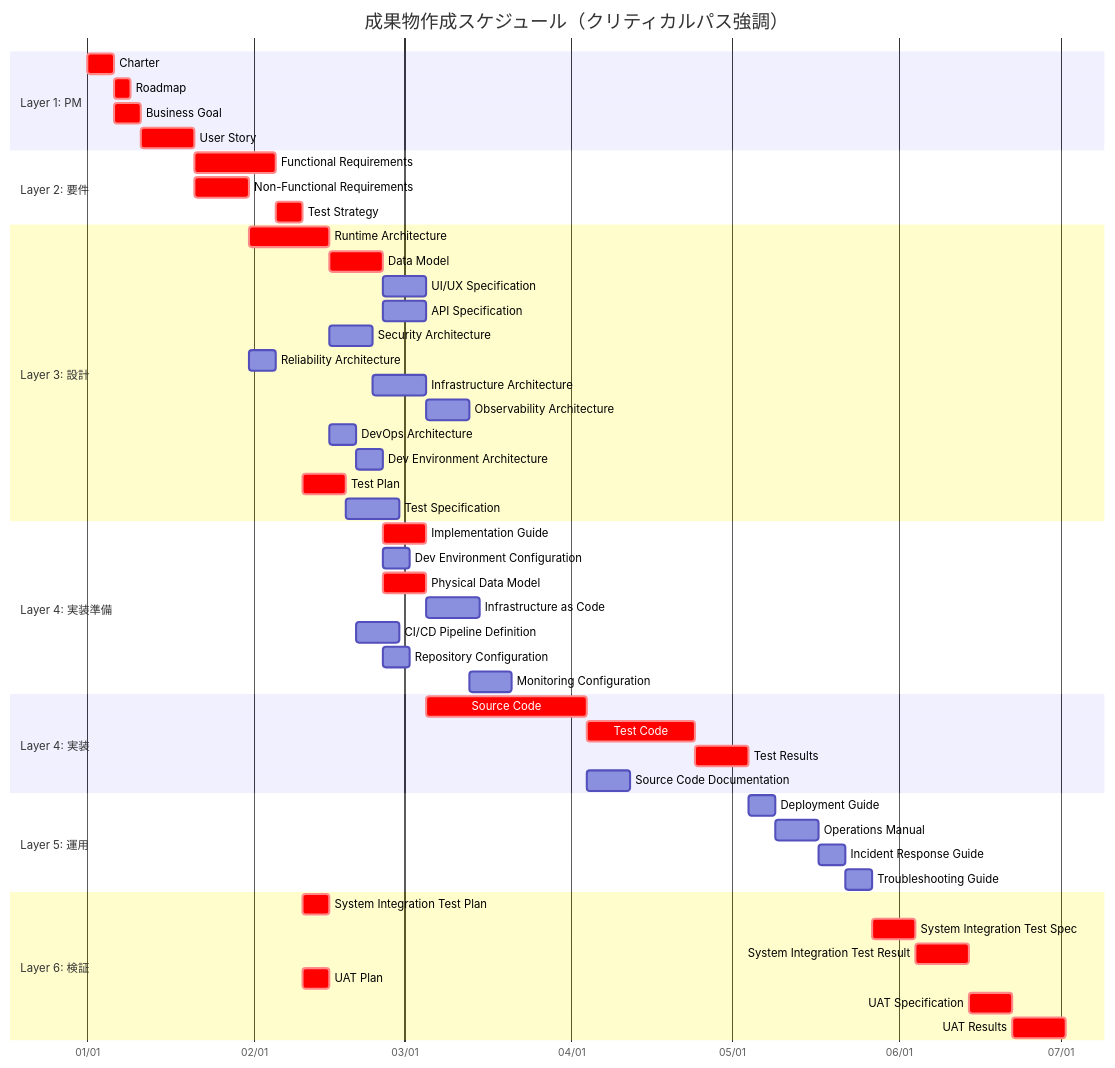
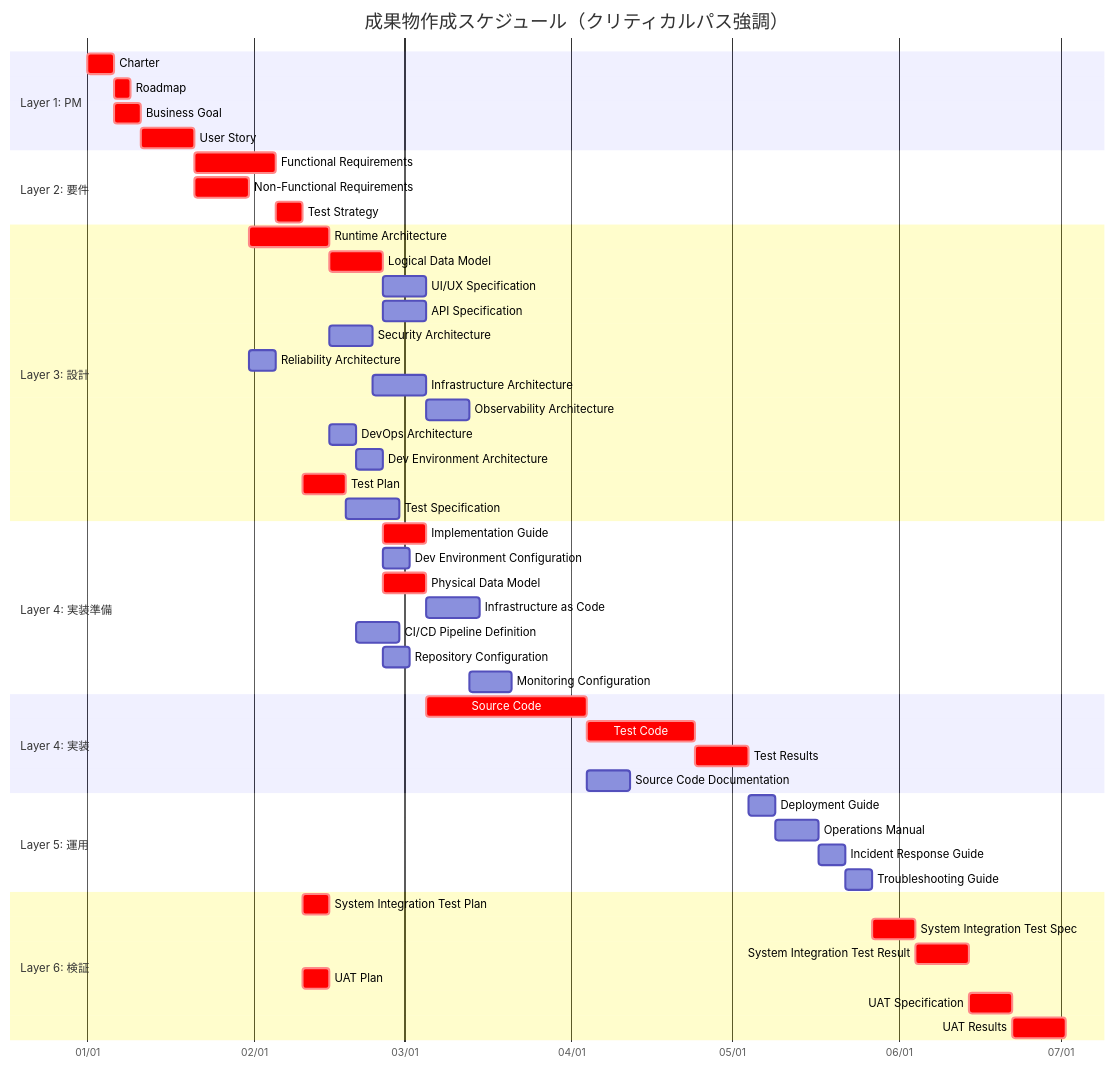
One commit to mahitotsu/ukiyoue changed diagram 15 of 15 in specs/artifact-relationships.md. Above: the diagram before and after it, drawn with Mermaid. The commit also changed other lines of this file, not shown here.

First line of the commit message:
fix: artifact-relationships.md の Data Model を Logical Data Model に統一

````diff
--- a/specs/artifact-relationships.md
+++ b/specs/artifact-relationships.md
@@ -607,60 +607,60 @@
 ```mermaid
 gantt
     title 成果物作成スケジュール（クリティカルパス強調）
     dateFormat YYYY-MM-DD
     axisFormat %m/%d
 
     section Layer 1: PM
     Charter                       :crit, charter, 2025-01-01, 5d
     Roadmap                       :crit, roadmap, after charter, 3d
     Business Goal                 :crit, bizgoal, after charter, 5d
     User Story                    :crit, userstory, after bizgoal, 10d
 
     section Layer 2: 要件
     Functional Requirements       :crit, func, after userstory, 15d
     Non-Functional Requirements   :crit, nonfunc, after bizgoal userstory, 10d
     Test Strategy                 :crit, teststrat, after func nonfunc, 5d
 
     section Layer 3: 設計
     Runtime Architecture          :crit, runtime, after nonfunc, 15d
-    Data Model                    :crit, datamodel, after func runtime, 10d
+    Logical Data Model            :crit, datamodel, after func runtime, 10d
     UI/UX Specification           :ui, after func datamodel, 8d
     API Specification             :api, after runtime datamodel, 8d
     Security Architecture         :security, after nonfunc runtime, 8d
     Reliability Architecture      :reliability, after nonfunc, 5d
     Infrastructure Architecture   :infra, after reliability runtime security, 10d
     Observability Architecture    :observ, after runtime infra reliability, 8d
     DevOps Architecture           :devops, after runtime, 5d
     Dev Environment Architecture  :devenv, after runtime devops, 5d
     Test Plan                     :crit, testplan, after teststrat func nonfunc, 8d
     Test Specification            :testspec, after testplan func, 10d
 
     section Layer 4: 実装準備
     Implementation Guide          :crit, implguide, after runtime security devenv devops, 8d
     Dev Environment Configuration :devenvconf, after devenv, 5d
     Physical Data Model           :crit, physicaldata, after datamodel, 8d
     Infrastructure as Code        :iac, after infra, 10d
     CI/CD Pipeline Definition     :pipeline, after devops, 8d
     Repository Configuration      :repo, after devops devenv, 5d
     Monitoring Configuration      :monitoring, after observ, 8d
 
     section Layer 4: 実装
     Source Code                   :crit, code, after func implguide ui api physicaldata repo devenvconf, 30d
     Test Code                     :crit, testcode, after testspec code, 20d
     Test Results                  :crit, testresult, after testcode, 10d
     Source Code Documentation     :codedoc, after code, 8d
 
     section Layer 5: 運用
     Deployment Guide              :deploy, after iac pipeline testresult, 5d
     Operations Manual             :manual, after deploy monitoring testresult, 8d
     Incident Response Guide       :incident, after observ manual, 5d
     Troubleshooting Guide         :trouble, after codedoc incident, 5d
 
     section Layer 6: 検証
     System Integration Test Plan  :crit, sitplan, after teststrat func nonfunc, 5d
     System Integration Test Spec  :crit, sitspec, after sitplan func deploy manual incident trouble, 8d
     System Integration Test Result :crit, sitresult, after sitspec, 10d
     UAT Plan                      :crit, uatplan, after teststrat biz func, 5d
     UAT Specification             :crit, uatspec, after uatplan biz func sitresult, 8d
     UAT Results                   :crit, uatresult, after uatspec, 10d
 ```
````
